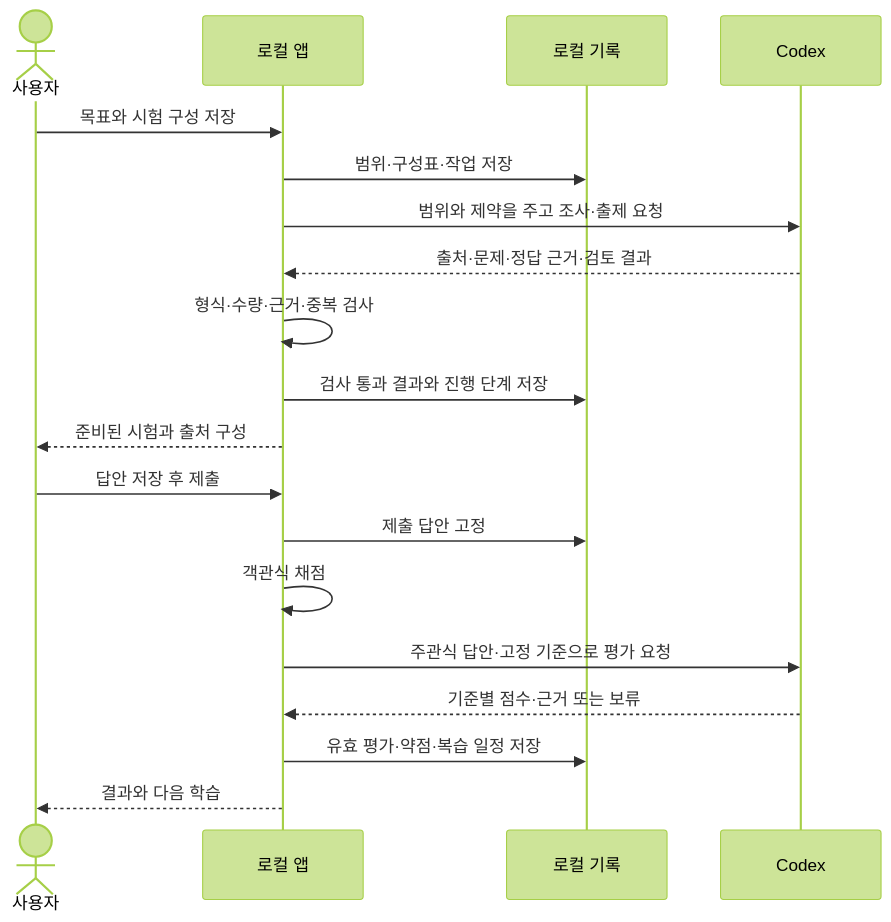
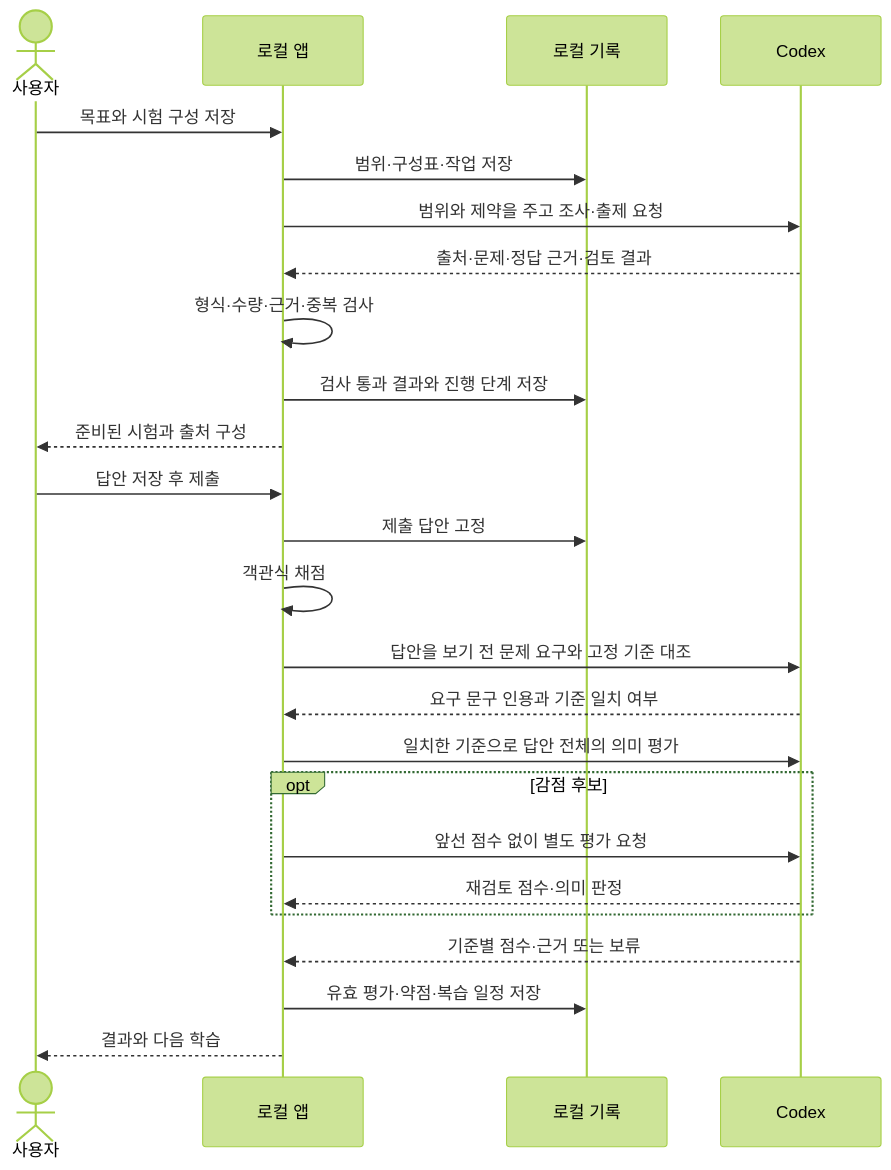
One commit to r2gul4r/study-cafe changed the second of 2 diagrams in docs/WORKFLOWS.md. Above: the diagram before and after it, drawn with Mermaid (forest theme). The commit also changed other lines of this file and 16 other files, not shown here.

````diff
--- a/docs/WORKFLOWS.md
+++ b/docs/WORKFLOWS.md
@@ -55,21 +55,27 @@
 ```mermaid
 sequenceDiagram
   actor U as 사용자
   participant A as 로컬 앱
   participant D as 로컬 기록
   participant C as Codex
   U->>A: 목표와 시험 구성 저장
   A->>D: 범위·구성표·작업 저장
   A->>C: 범위와 제약을 주고 조사·출제 요청
   C-->>A: 출처·문제·정답 근거·검토 결과
   A->>A: 형식·수량·근거·중복 검사
   A->>D: 검사 통과 결과와 진행 단계 저장
   A-->>U: 준비된 시험과 출처 구성
   U->>A: 답안 저장 후 제출
   A->>D: 제출 답안 고정
   A->>A: 객관식 채점
-  A->>C: 주관식 답안·고정 기준으로 평가 요청
+  A->>C: 답안을 보기 전 문제 요구와 고정 기준 대조
+  C-->>A: 요구 문구 인용과 기준 일치 여부
+  A->>C: 일치한 기준으로 답안 전체의 의미 평가
+  opt 감점 후보
+    A->>C: 앞선 점수 없이 별도 평가 요청
+    C-->>A: 재검토 점수·의미 판정
+  end
   C-->>A: 기준별 점수·근거 또는 보류
   A->>D: 유효 평가·약점·복습 일정 저장
   A-->>U: 결과와 다음 학습
 ```
````
